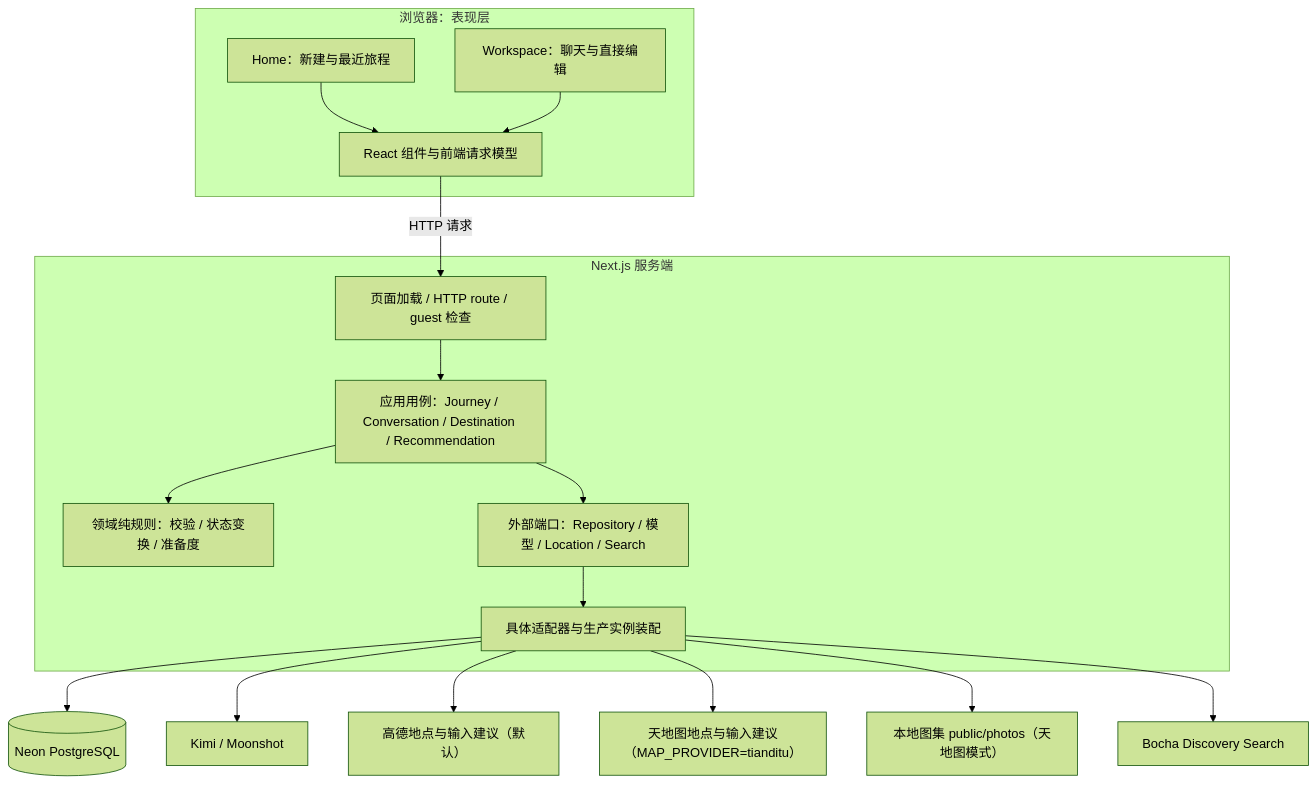
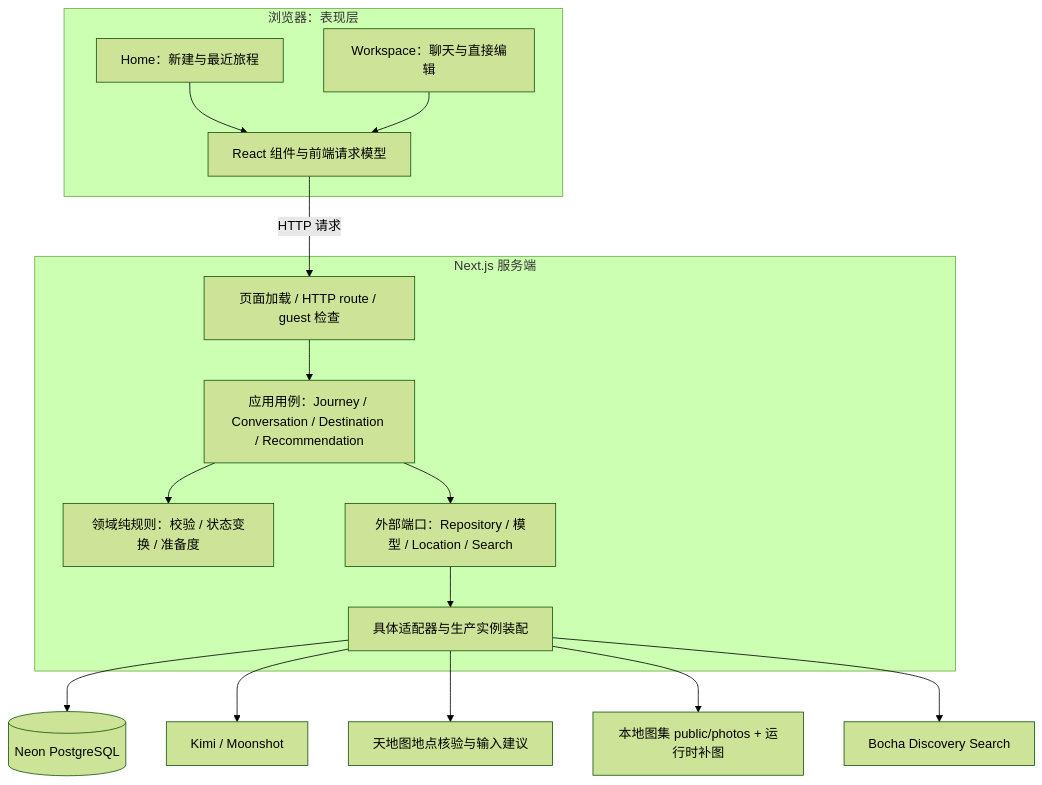
One commit to meiyulin22/Meri-Road-Trip changed the first of 6 diagrams in docs/ARCHITECTURE.md. Above: the diagram before and after it, drawn with Mermaid (forest theme). The commit also changed other lines of this file and 61 other files, not shown here.

Commit message:
chore: remove Amap and make Tianditu the only map provider, and drop unused code, trial scripts and assets 1.0702

````diff
--- a/docs/ARCHITECTURE.md
+++ b/docs/ARCHITECTURE.md
@@ -9,28 +9,27 @@
 ```mermaid
 flowchart TB
   subgraph browser[浏览器：表现层]
     home[Home：新建与最近旅程]
     workspace[Workspace：聊天与直接编辑]
     ui[React 组件与前端请求模型]
     home --> ui
     workspace --> ui
   end
   subgraph server[Next.js 服务端]
     entry[页面加载 / HTTP route / guest 检查]
     usecase[应用用例：Journey / Conversation / Destination / Recommendation]
     domain[领域纯规则：校验 / 状态变换 / 准备度]
     ports[外部端口：Repository / 模型 / Location / Search]
     adapters[具体适配器与生产实例装配]
     entry --> usecase
     usecase --> domain
     usecase --> ports
     ports --> adapters
   end
   ui -->|HTTP 请求| entry
   adapters --> db[(Neon PostgreSQL)]
   adapters --> kimi[Kimi / Moonshot]
-  adapters --> amap[高德地点与输入建议（默认）]
-  adapters --> tianditu[天地图地点与输入建议（MAP_PROVIDER=tianditu）]
-  adapters --> catalog[本地图集 public/photos（天地图模式）]
+  adapters --> tianditu[天地图地点核验与输入建议]
+  adapters --> catalog[本地图集 public/photos + 运行时补图]
   adapters --> bocha[Bocha Discovery Search]
 ```
````
